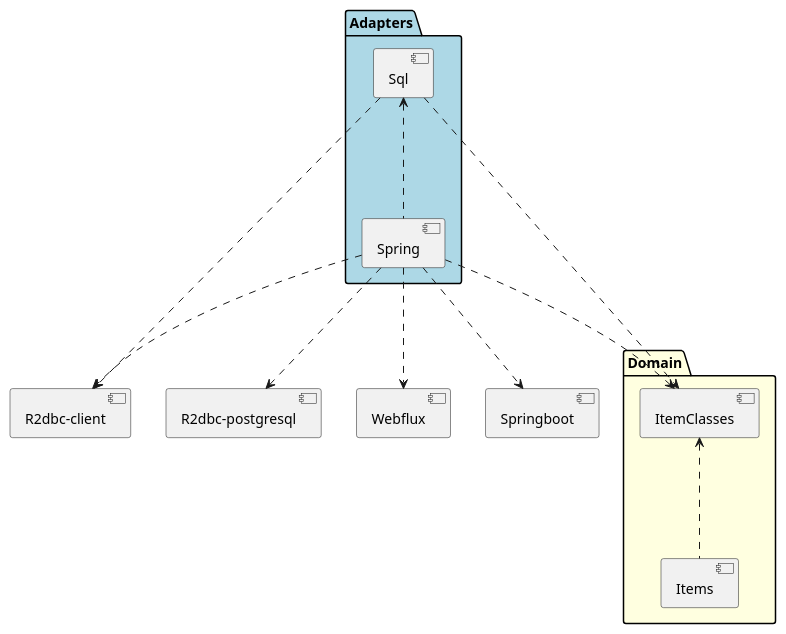
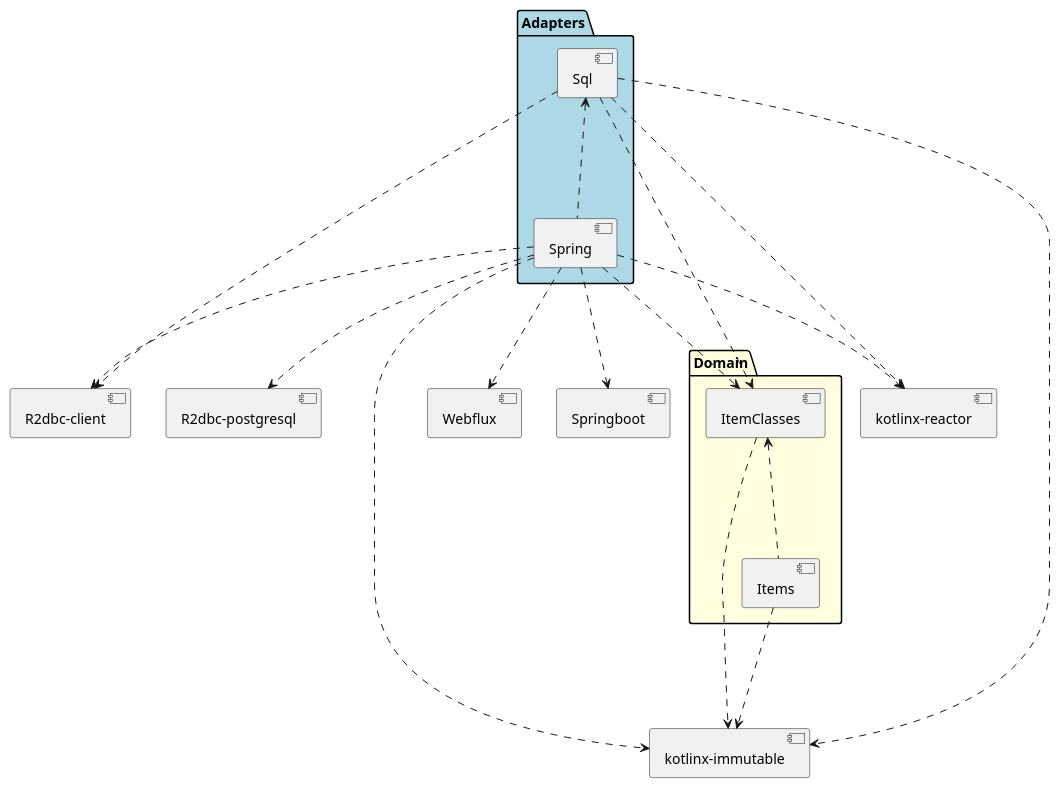
Before and after one commit to maciejmalecki/inventory: the diagram in doc/dia/zerodependency.puml, drawn with PlantUML. The commit also changed 4 other files, not shown here.

```diff
--- a/doc/dia/zerodependency.puml
+++ b/doc/dia/zerodependency.puml
@@ -1,26 +1,33 @@
 @startuml
 
-together {
-    [R2dbc-client] as r2dbc
-    [R2dbc-postgresql] as psql
-    [Webflux]
-    [Springboot]
-}
+[R2dbc-client] as r2dbc
+[R2dbc-postgresql] as psql
+[kotlinx-immutable] as immutable
+[Webflux]
+[Springboot]
+[kotlinx-reactor] as reactor
 
 package "Domain" #lightyellow {
 [ItemClasses] <... [Items]
 }
 
 package "Adapters" #lightblue {
 [Sql] <... [Spring]
 }
 
+ItemClasses ...> immutable
+Items ...> immutable
+
 Sql ...> ItemClasses
 Sql ...> r2dbc
+Sql ...> immutable
+Sql ...> reactor
 
 Spring ...> ItemClasses
 Spring ...> psql
 Spring ...> r2dbc
 Spring ...> Webflux
 Spring ...> Springboot
+Spring ...> immutable
+Spring ...> reactor
 @enduml
```
